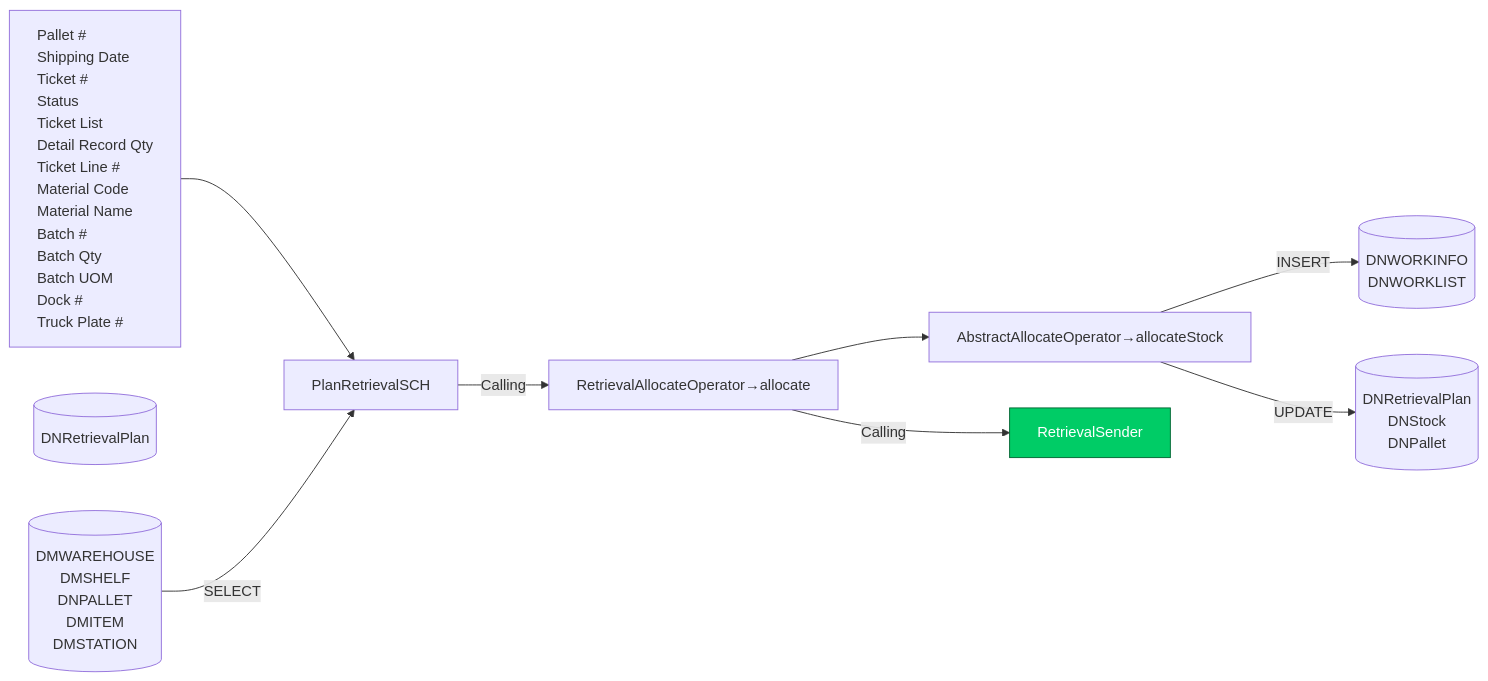
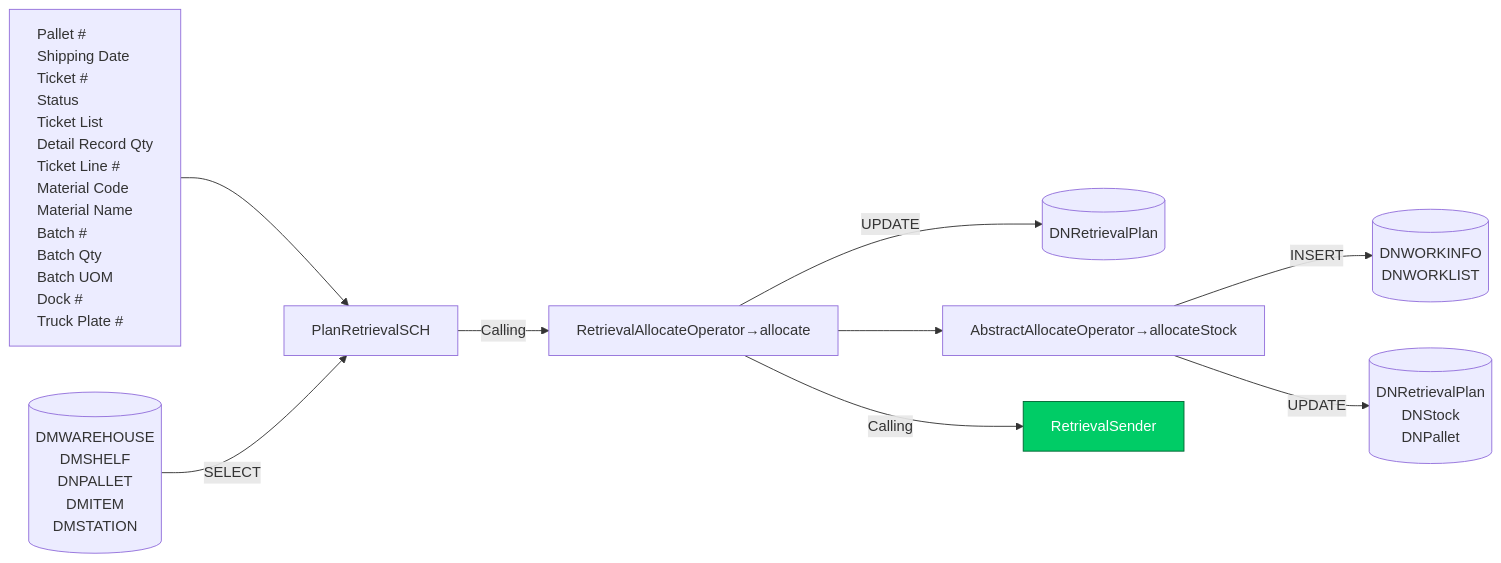
One commit to luthfiadityaa/SimeDarby-Wiki changed the third of 11 diagrams in Basic-Design/DFD-WMS/Retrieval/Planned-Retrieval-to-HP-Area.md. Above: the diagram before and after it, drawn with Mermaid.

Commit message:
Updated Planned Retrieval to HP Area

```diff
--- a/Basic-Design/DFD-WMS/Retrieval/Planned-Retrieval-to-HP-Area.md
+++ b/Basic-Design/DFD-WMS/Retrieval/Planned-Retrieval-to-HP-Area.md
@@ -116,56 +116,57 @@
 ::: mermaid
 flowchart LR
     input[
         Pallet #
         Shipping Date
         Ticket #
         Status
         Ticket List
         Detail Record Qty
         Ticket Line #
         Material Code
         Material Name
         Batch #
         Batch Qty
         Batch UOM
         Dock #
         Truck Plate #    
     ]
 
     tableList-insert[("
         DNWORKINFO
         DNWORKLIST
     ")]
 
     tableList-update[("
         DNRetrievalPlan
         DNStock
         DNPallet
     ")]
 
     tableList-update2[("
         DNRetrievalPlan
     ")]
 
      tableList-select[("
         DMWAREHOUSE
         DMSHELF
         DNPALLET
         DMITEM
         DMSTATION
     ")]
 
     className[PlanRetrievalSCH]
     className--> |Calling| methodName[RetrievalAllocateOperator→allocate] 
     methodName-->methodName2[AbstractAllocateOperator→allocateStock]--> |INSERT| tableList-insert
     input --> className
     tableList-select --> |SELECT| className
     methodName--> |Calling| P1[RetrievalSender]
     methodName2--> |UPDATE| tableList-update
+    methodName--> |UPDATE| tableList-update2
 
     click P1 "https://dev.azure.com/Daifuku-SW/ID_SimeDarbyPlantation/_wiki/wikis/ID_SimeDarbyPlantation.wiki/956/Stacked-Empty-Pallet?anchor=retrieval-sender" "Go to Retrieval Retrieval Sender"
     style P1 fill:#00cc66,stroke:#006633,color:#ffffff
 
     classDef leftAlign text-align:left;
     class input leftAlign;
 :::
```
